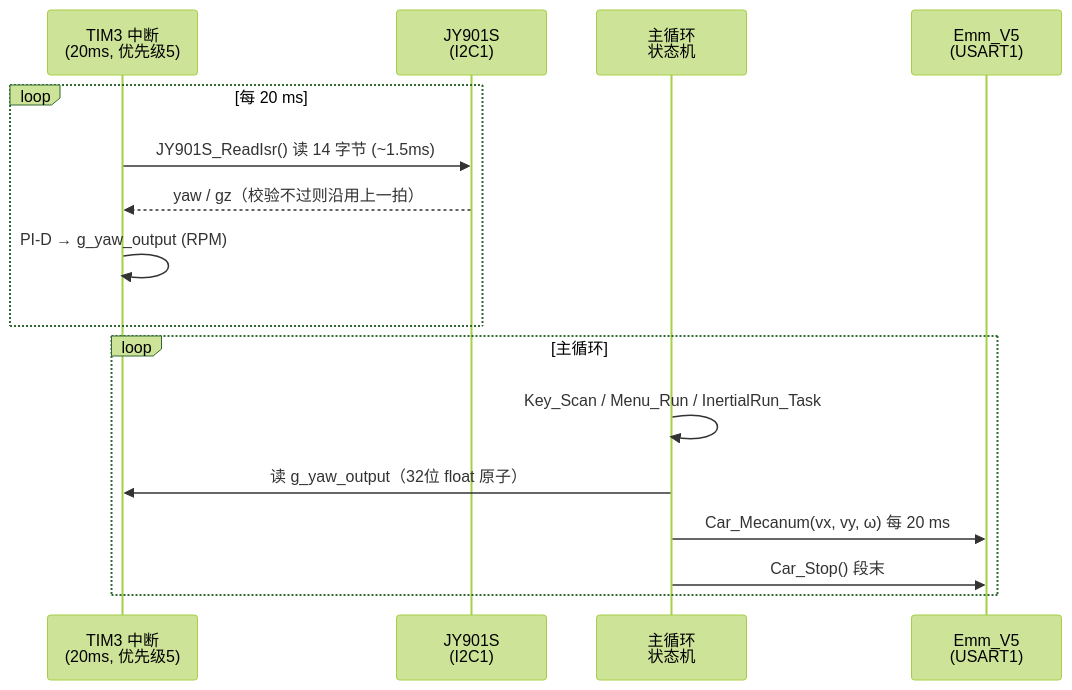
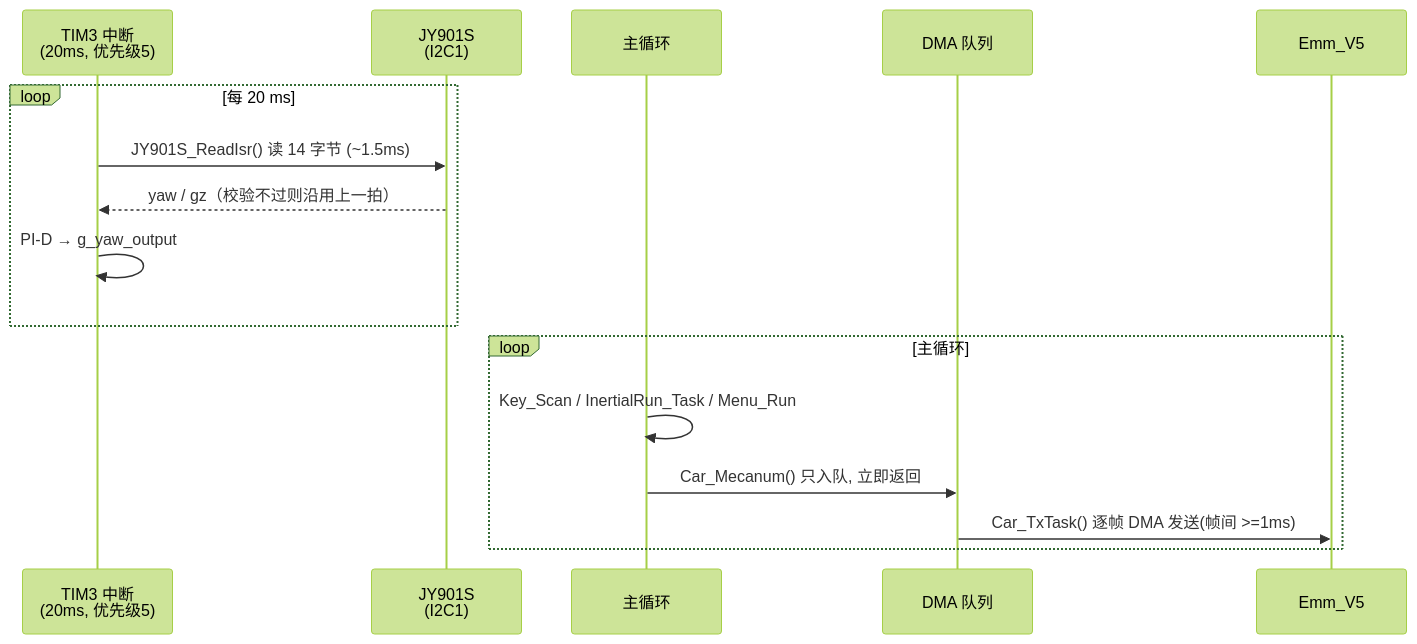
The second of 3 diagrams in README.md (Zeusezhan/fish), drawn with Mermaid (forest theme) before and after one commit. The commit also changed other lines of this file and 18 other files, not shown here.

````diff
--- a/README.md
+++ b/README.md
@@ -170,20 +192,20 @@
 ```mermaid
 sequenceDiagram
     participant ISR as TIM3 中断<br/>(20ms, 优先级5)
     participant IMU as JY901S<br/>(I2C1)
-    participant APP as 主循环<br/>状态机
-    participant MOT as Emm_V5<br/>(USART1)
+    participant APP as 主循环
+    participant Q as DMA 队列
+    participant MOT as Emm_V5
 
     loop 每 20 ms
         ISR->>IMU: JY901S_ReadIsr() 读 14 字节 (~1.5ms)
         IMU-->>ISR: yaw / gz（校验不过则沿用上一拍）
-        ISR->>ISR: PI-D → g_yaw_output (RPM)
+        ISR->>ISR: PI-D → g_yaw_output
     end
 
     loop 主循环
-        APP->>APP: Key_Scan / Menu_Run / InertialRun_Task
-        APP->>ISR: 读 g_yaw_output（32位 float 原子）
-        APP->>MOT: Car_Mecanum(vx, vy, ω) 每 20 ms
-        APP->>MOT: Car_Stop() 段末
+        APP->>APP: Key_Scan / InertialRun_Task / Menu_Run
+        APP->>Q: Car_Mecanum() 只入队, 立即返回
+        Q->>MOT: Car_TxTask() 逐帧 DMA 发送(帧间 >=1ms)
     end
 ```
````
